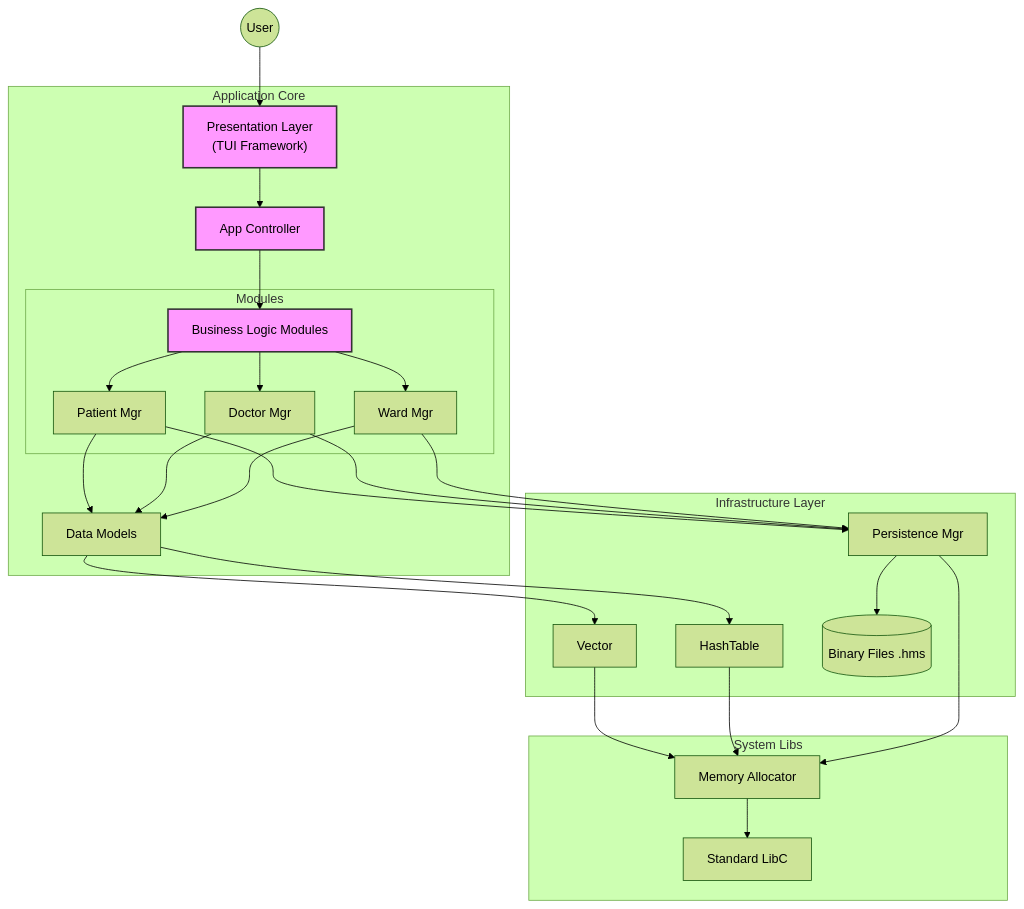
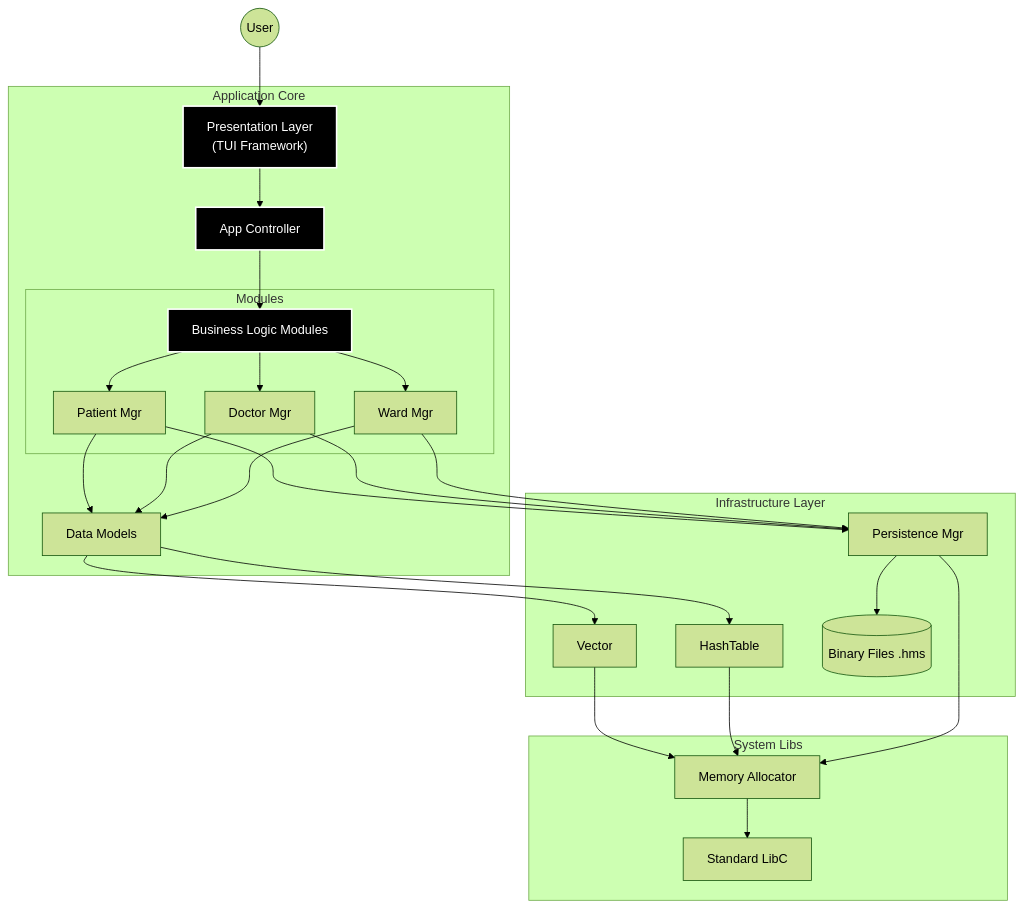
Before and after one commit to lxrdxe7o/shiro-nekoo-115: the diagram in README.md, drawn with Mermaid (forest theme).

Commit message:
docs: Update README diagram layer styling by changing fill/stroke colors and adding text color.

````diff
--- a/README.md
+++ b/README.md
@@ -47,33 +47,33 @@
 ```mermaid
 graph TD
     user((User)) --> TUI["Presentation Layer<br/>(TUI Framework)"]
 
     subgraph "Application Core"
         TUI --> App[App Controller]
         App --> Logic[Business Logic Modules]
 
         subgraph "Modules"
             Logic --> P[Patient Mgr]
             Logic --> D[Doctor Mgr]
             Logic --> W[Ward Mgr]
         end
 
         P & D & W --> Models[Data Models]
     end
 
     subgraph "Infrastructure Layer"
         Models --> Vector
         Models --> HashTable
 
         P & D & W --> Database[Persistence Mgr]
         Database --> FileSys[(Binary Files .hms)]
     end
 
     subgraph "System Libs"
         Vector & HashTable & Database --> Memory[Memory Allocator]
         Memory --> LibC[Standard LibC]
     end
 
-    classDef layer fill:#f9f,stroke:#333,stroke-width:2px;
+    classDef layer fill:#000,stroke:#fff,stroke-width:2px,color:#fff;
     class TUI,App,Logic layer;
 ```
````
